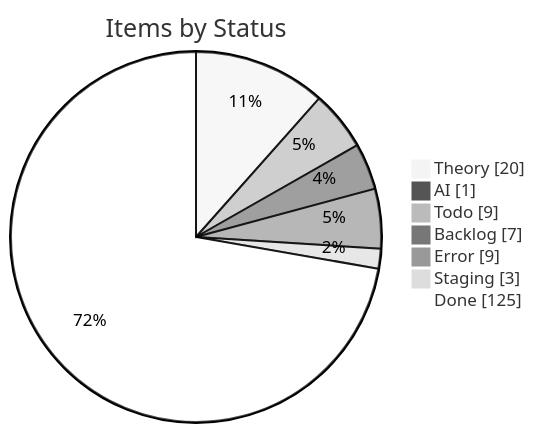
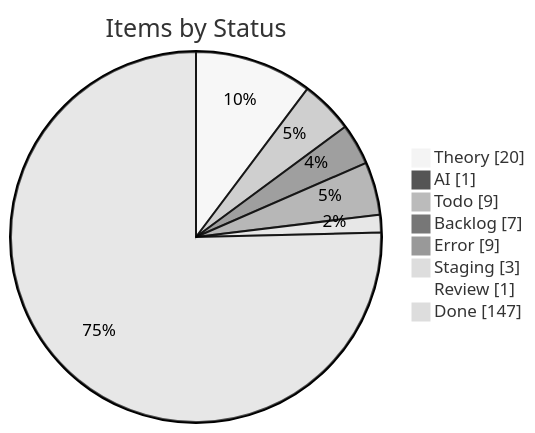
One commit to KBVE/kbve changed the first of 4 diagrams in apps/kbve/astro-kbve/src/content/docs/dashboard/kanban-data.mdx. Above: the diagram before and after it, drawn with Mermaid (neutral theme). The commit also changed other lines of this file and 8 other files, not shown here.

````diff
--- a/apps/kbve/astro-kbve/src/content/docs/dashboard/kanban-data.mdx
+++ b/apps/kbve/astro-kbve/src/content/docs/dashboard/kanban-data.mdx
@@ -55,11 +55,12 @@
 ```mermaid
 pie showData
     title Items by Status
     "Theory" : 20
     "AI" : 1
     "Todo" : 9
     "Backlog" : 7
     "Error" : 9
     "Staging" : 3
-    "Done" : 125
+    "Review" : 1
+    "Done" : 147
 ```
````
